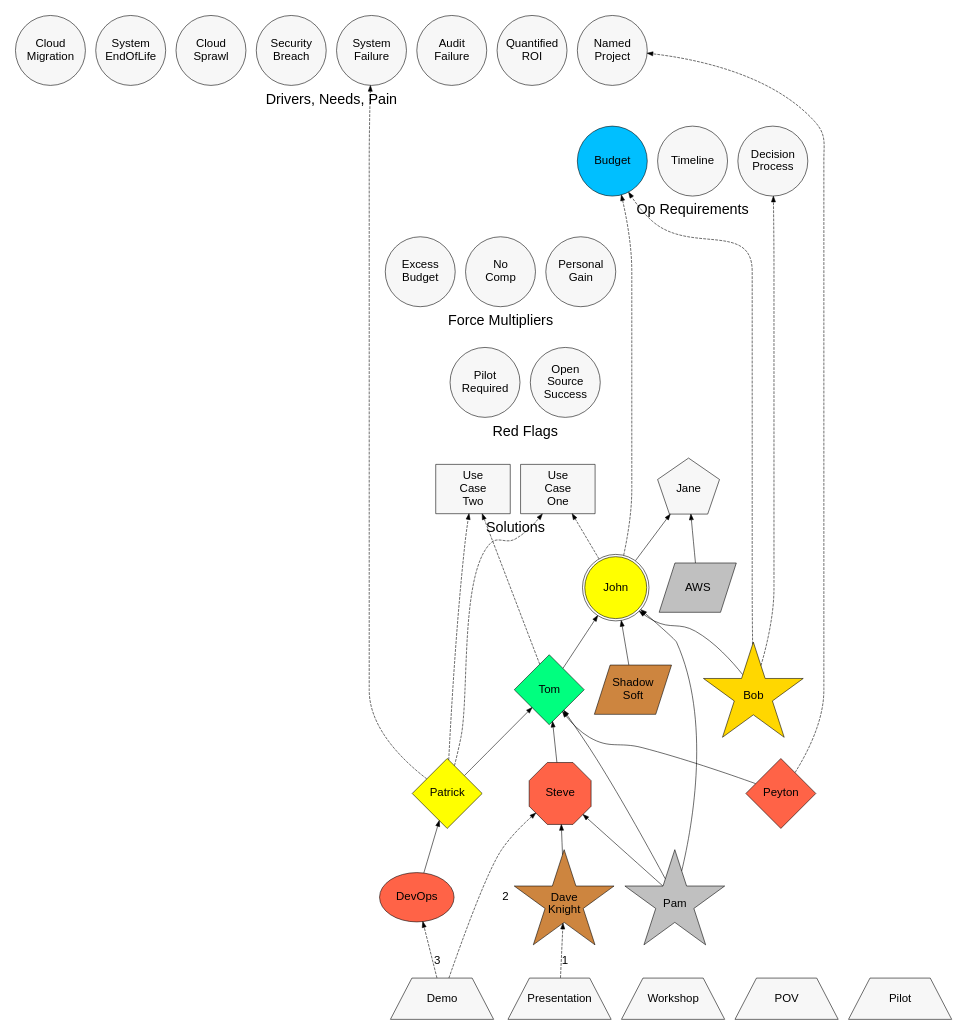
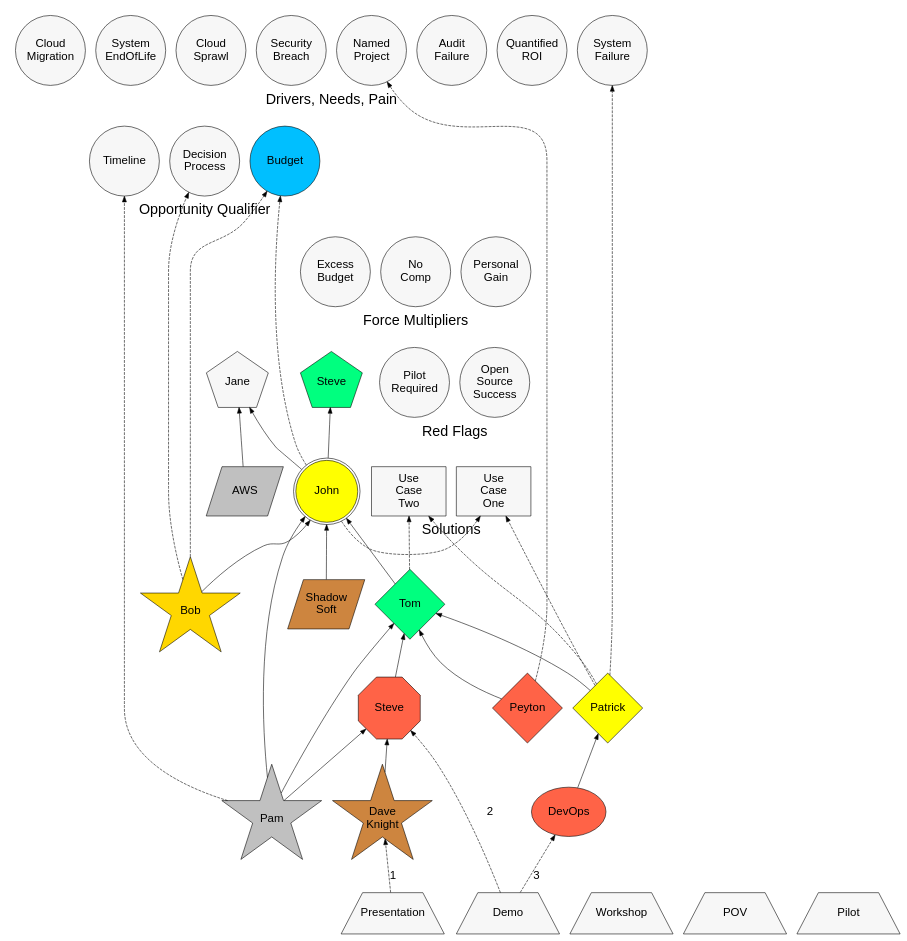
The diagram in example.dot (joshuaNjordan85/SouthStrategicOps), drawn with Graphviz before and after one commit.

Commit message:
Changed a label or two in examples

```diff
--- a/example.dot
+++ b/example.dot
@@ -82,6 +82,7 @@
 //   Passive   - yellow1
 //   Detractor - tomato
 JaneSmith [label="Jane", fillcolor=grey97]
+SteveP [label="Steve", fillcolor=springgreen]
 
 // Buyers
 node [shape=doublecircle, width=1.5, height=1.5]
@@ -190,7 +191,7 @@
 
 subgraph cluster_tablestakes {
   // Colors: deepskyblue, grey97 
-  label = "Op Requirements"
+  label = "Opportunity Qualifier"
   node [shape=circle, width=1.7, height=1.7]
 
   // BanT
@@ -271,6 +272,7 @@
 
 edge [style=solid]
 
+JohnSmith -> SteveP
 JohnSmith -> JaneSmith
 AWS -> JaneSmith
 ShadowSoft -> JohnSmith
@@ -305,6 +307,7 @@
 PatMahomes -> UseCase2
 
 TomBrady -> UseCase2
+PamSmith -> Timeline
 
 //
 // Activity 
```
